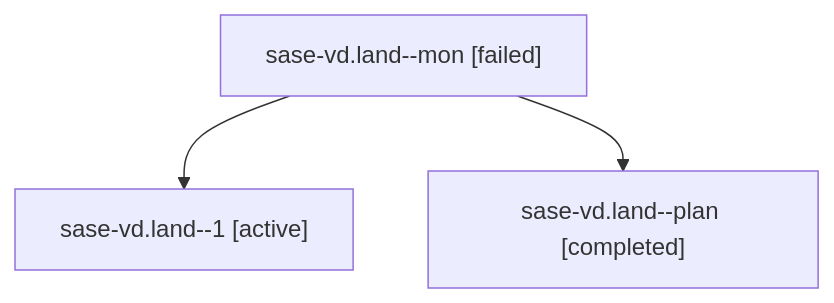
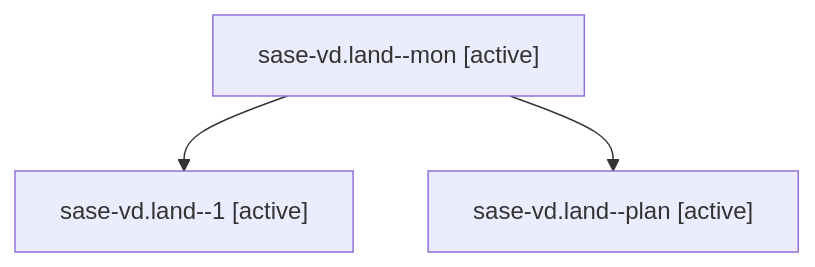
Before and after one commit to sase-org/sase--agents: the diagram in families/bbugyi200.athena.sase-vd.land.md, drawn with Mermaid. The commit also changed other lines of this file and 35830 other files, not shown here.

````diff
--- a/families/bbugyi200.athena.sase-vd.land.md
+++ b/families/bbugyi200.athena.sase-vd.land.md
@@ -9,8 +9,8 @@
 ```mermaid
 flowchart TD
-  n0["sase-vd.land--mon [failed]"]
+  n0["sase-vd.land--mon [active]"]
   n1["sase-vd.land--1 [active]"]
   n0 --> n1
-  n2["sase-vd.land--plan [completed]"]
+  n2["sase-vd.land--plan [active]"]
   n0 --> n2
 ```
````
